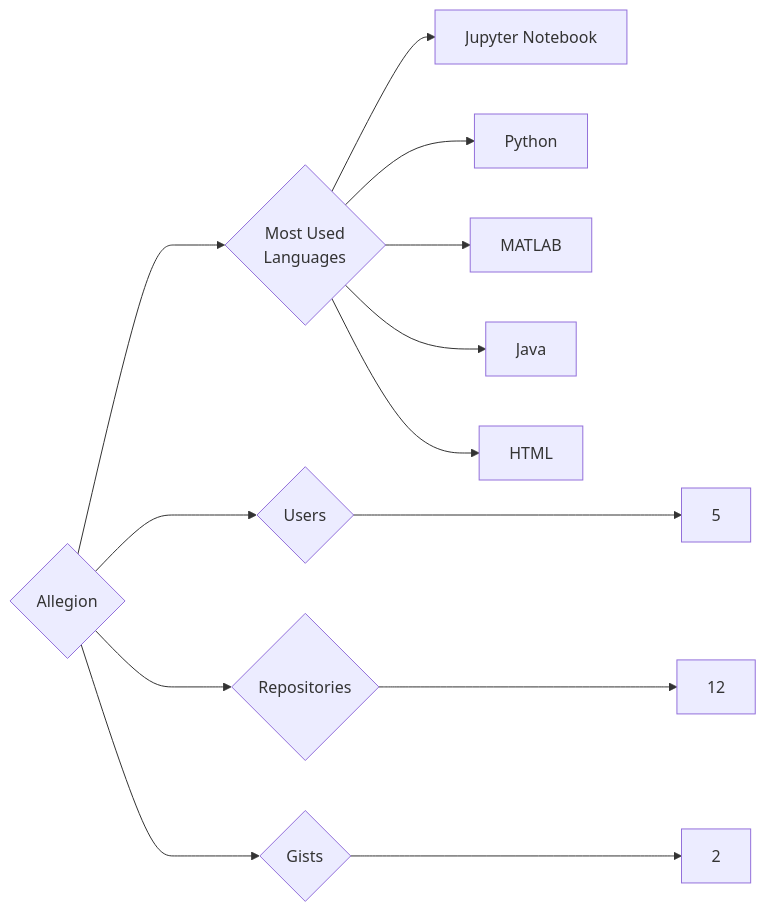
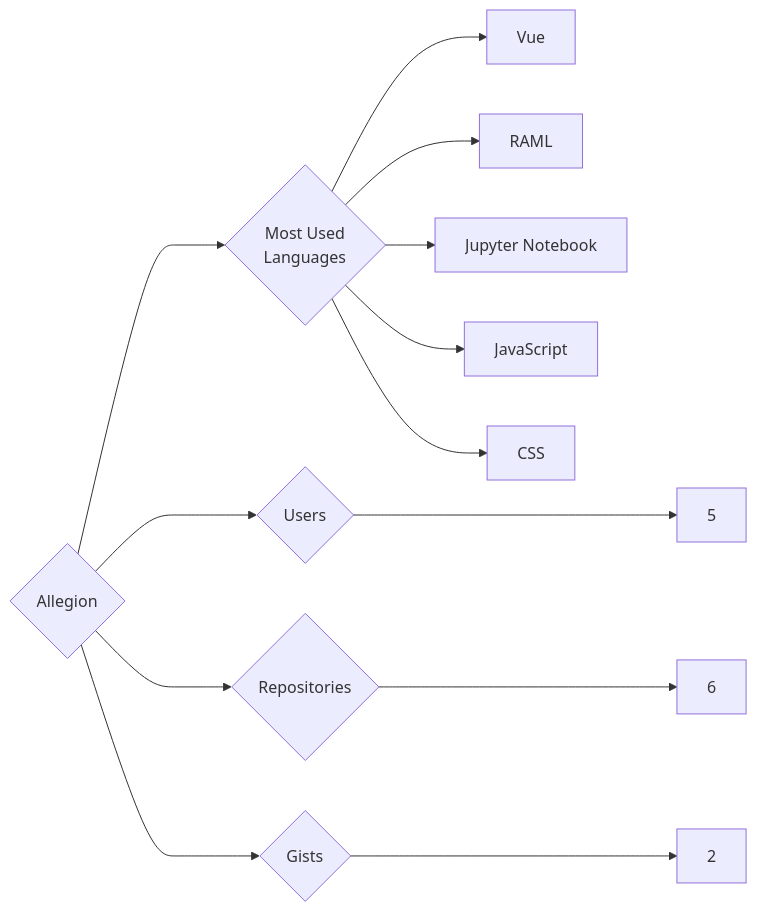
The diagram in targets/Allegion/README.md (trickest/insiders), drawn with Mermaid before and after one commit. The commit also changed 1078 other files, not shown here.

````diff
--- a/targets/Allegion/README.md
+++ b/targets/Allegion/README.md
@@ -3,13 +3,13 @@
 ```mermaid
 graph LR
 COMPANY_NAME{Allegion}
 COMPANY_NAME ---> U{Users} ---> UN[5]
-COMPANY_NAME ---> R{Repositories} ---> RN[12]
+COMPANY_NAME ---> R{Repositories} ---> RN[6]
 COMPANY_NAME ---> G{Gists} ---> GN[2]
 COMPANY_NAME ---> ML{Most Used<br>Languages}
+ML --> Vue[Vue]
+ML --> RAML[RAML]
 ML --> Jupyter_Notebook[Jupyter Notebook]
-ML --> Python[Python]
-ML --> MATLAB[MATLAB]
-ML --> Java[Java]
-ML --> HTML[HTML]
+ML --> JavaScript[JavaScript]
+ML --> CSS[CSS]
 ```
````
